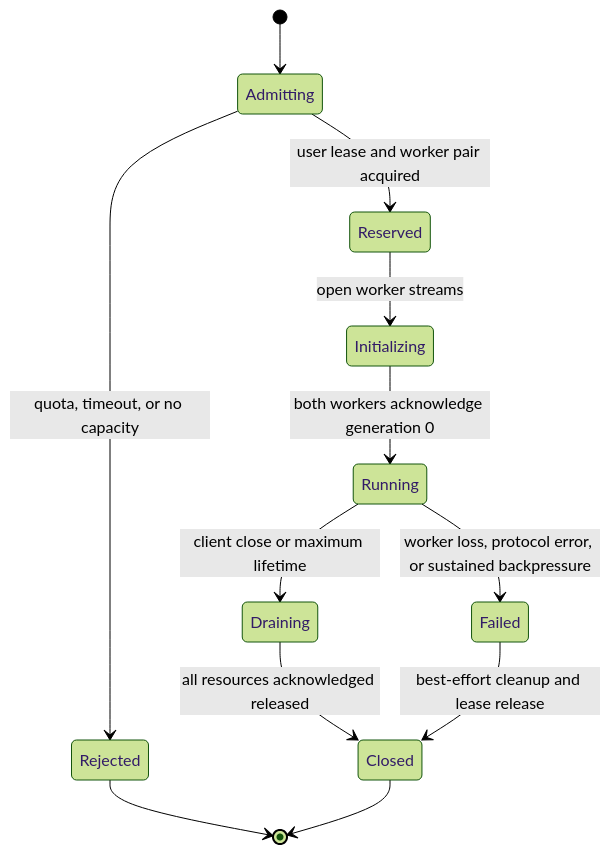
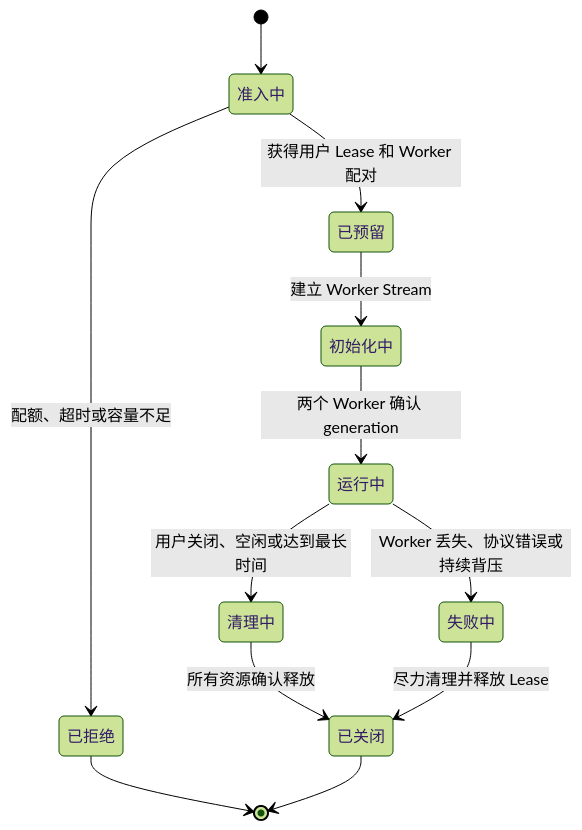
One commit to seedleap/sglang changed the fifth of 7 diagrams in docs/superpowers/specs/2026-08-03-minwm-async-vae-multiuser-design.md. Above: the diagram before and after it, drawn with Mermaid (forest theme). The commit also changed other lines of this file, not shown here.

````diff
--- a/docs/superpowers/specs/2026-08-03-minwm-async-vae-multiuser-design.md
+++ b/docs/superpowers/specs/2026-08-03-minwm-async-vae-multiuser-design.md
@@ -261,14 +387,23 @@
 ```mermaid
 stateDiagram-v2
+    state "准入中" as Admitting
+    state "已预留" as Reserved
+    state "已拒绝" as Rejected
+    state "初始化中" as Initializing
+    state "运行中" as Running
+    state "清理中" as Draining
+    state "失败中" as Failed
+    state "已关闭" as Closed
+
     [*] --> Admitting
-    Admitting --> Reserved: user lease and worker pair acquired
-    Admitting --> Rejected: quota, timeout, or no capacity
-    Reserved --> Initializing: open worker streams
-    Initializing --> Running: both workers acknowledge generation 0
-    Running --> Draining: client close or maximum lifetime
-    Running --> Failed: worker loss, protocol error, or sustained backpressure
-    Draining --> Closed: all resources acknowledged released
-    Failed --> Closed: best-effort cleanup and lease release
+    Admitting --> Reserved: 获得用户 Lease 和 Worker 配对
+    Admitting --> Rejected: 配额、超时或容量不足
+    Reserved --> Initializing: 建立 Worker Stream
+    Initializing --> Running: 两个 Worker 确认 generation
+    Running --> Draining: 用户关闭、空闲或达到最长时间
+    Running --> Failed: Worker 丢失、协议错误或持续背压
+    Draining --> Closed: 所有资源确认释放
+    Failed --> Closed: 尽力清理并释放 Lease
     Rejected --> [*]
     Closed --> [*]
 ```
````
